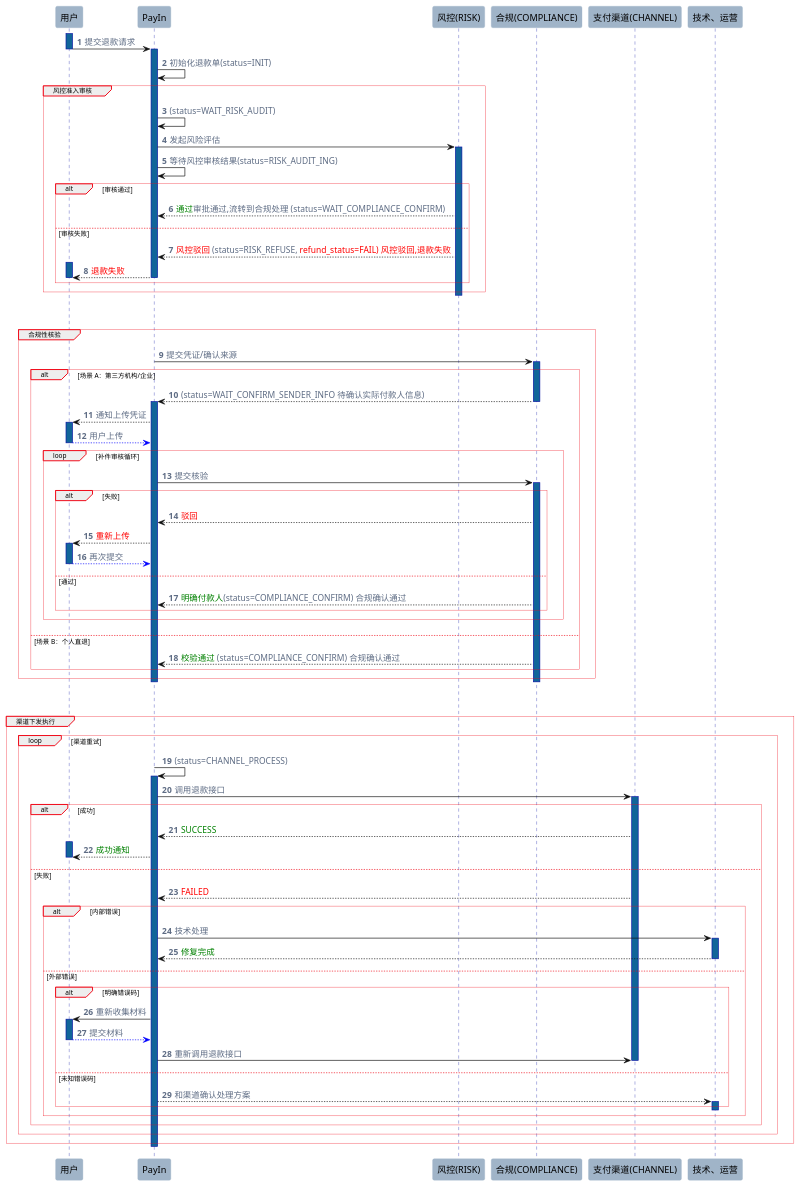
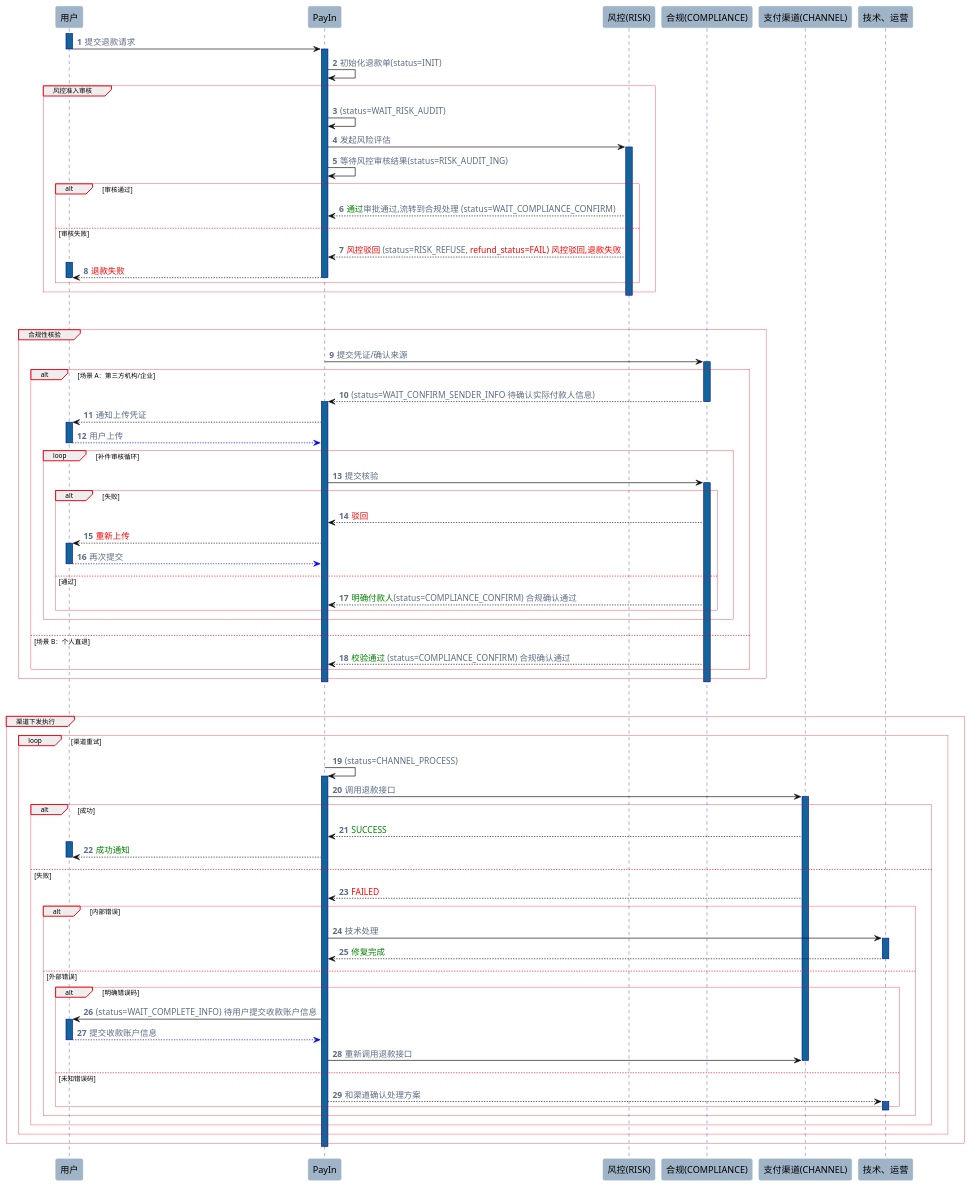
The diagram in refund.puml (lancelothuxi/mock-runner-plugin), drawn with PlantUML before and after one commit.

```diff
--- a/refund.puml
+++ b/refund.puml
@@ -1,139 +1,139 @@
 @startuml
 !pragma teoz true
 
 skinparam sequenceGroupHeaderFontStyle plain
 skinparam sequence {
   LifeLineBorderColor #0a14a4ff
   LifeLineBorderThickness 2
   LifeLineBackgroundColor #116599ff
   ParticipantBorderColor #A0B4C8
   ParticipantBackgroundColor #A0B4C8
   GroupHeaderFontSize 10
   GroupBorderColor #f00817ff
   GroupBorderThickness 0.5
 }
 
 skinparam sequenceGroupFontSize 10
 skinparam SequenceGroupFontStyle plain
 skinparam sequenceGroupHeaderFontSize 10
 
 
 skinparam Arrow {
   color #0e0f0fff
   thickness 1
   fontColor #5E6C84
 }
 
 skinparam Note {
   backgroundColor #E6F0FF
   borderColor #A4C6FF
   fontColor #1F2328
   roundCorner 6
 }
 
 participant "用户" as User
 participant "PayIn" as Payin
 participant "风控(RISK)" as Risk
 participant "合规(COMPLIANCE)" as Compliance
 participant "支付渠道(CHANNEL)" as Channel
 participant "技术、运营" as Ops
 
 autonumber
 
 activate User
 User -> Payin: 提交退款请求
 deactivate User
 
 activate Payin
 Payin -> Payin: 初始化退款单(status=INIT)
 
 group 风控准入审核
   Payin -> Payin: (status=WAIT_RISK_AUDIT)
   Payin -> Risk++: 发起风险评估
   Payin -> Payin: 等待风控审核结果(status=RISK_AUDIT_ING)
 
   alt 审核通过
     Risk --> Payin: <color:green>通过</color>审批通过,流转到合规处理 (status=WAIT_COMPLIANCE_CONFIRM)
   else 审核失败
     Risk --> Payin: <color:red>风控驳回</color> (status=RISK_REFUSE, <color:red>refund_status=FAIL) 风控驳回,退款失败
     User++
     Payin --> User--: <color:red>退款失败</color>
     User--
   end
     Risk--
 end
 deactivate Payin
 
 ||40||
 
 group 合规性核验
   Payin -> Compliance++: 提交凭证/确认来源
 
   alt 场景 A：第三方机构/企业
     Compliance --> Payin++: (status=WAIT_CONFIRM_SENDER_INFO 待确认实际付款人信息)
     Compliance--
     Payin --> User++: 通知上传凭证
     User --[#blue]> Payin: 用户上传
     User--
 
     loop 补件审核循环
       Payin -> Compliance++: 提交核验
       alt 失败
         Compliance --> Payin: <color:red>驳回</color>
         Payin --> User++: <color:red>重新上传</color>
         User --[#blue]> Payin: 再次提交
         User--
       else 通过
         Compliance --> Payin: <color:green>明确付款人</color>(status=COMPLIANCE_CONFIRM) 合规确认通过
       end
     end
   else 场景 B：个人直退
     Compliance --> Payin: <color:green>校验通过</color> (status=COMPLIANCE_CONFIRM) 合规确认通过
   end
   Compliance--
   Payin--
 end
 
 ||40||
 
 group 渠道下发执行
   loop 渠道重试
     Payin -> Payin++: (status=CHANNEL_PROCESS)
     Payin -> Channel++: 调用退款接口
 
     alt 成功
       Channel --> Payin: <color:green>SUCCESS</color>
       User++
       Payin --> User: <color:green>成功通知</color>
       User--
     else 失败
       Channel --> Payin: <color:red>FAILED</color>
 
       alt 内部错误
         Payin -> Ops++: 技术处理
         Ops --> Payin: <color:green>修复完成</color>
         Ops--
       else 外部错误
         alt 明确错误码
-             Payin -> User++: 重新收集材料
-             User --[#blue]> Payin: 提交材料
+             Payin -> User++: (status=WAIT_COMPLETE_INFO) 待用户提交收款账户信息
+             User --[#blue]> Payin: 提交收款账户信息
              User--
              Payin-> Channel: 重新调用退款接口
              Channel--
         else 未知错误码
             Payin --> Ops: 和渠道确认处理方案
             Ops++
             Ops--
             User--
         end
 
       end
     end
     Channel--
   end
   Payin--
 end
 
 deactivate Payin
 
 @enduml
```
